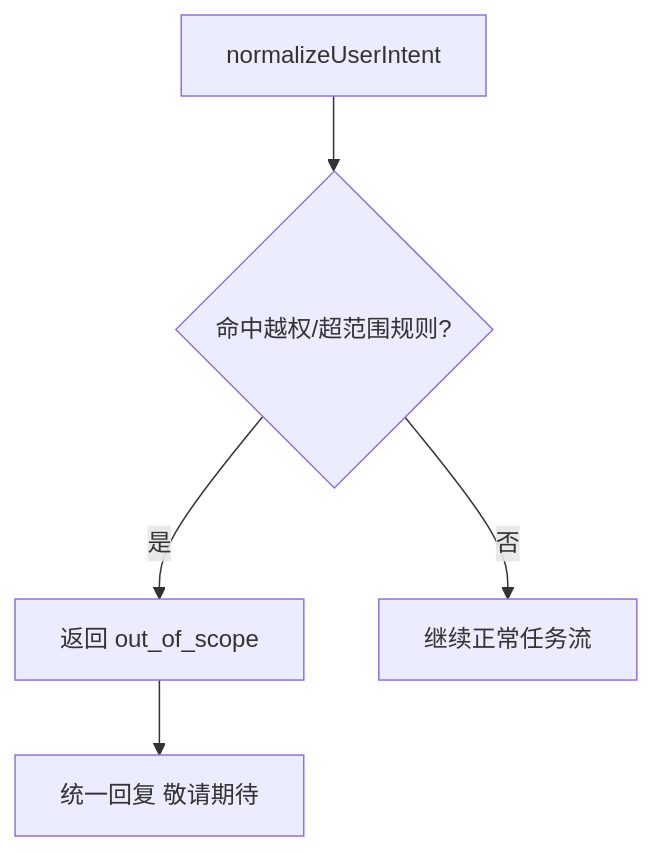
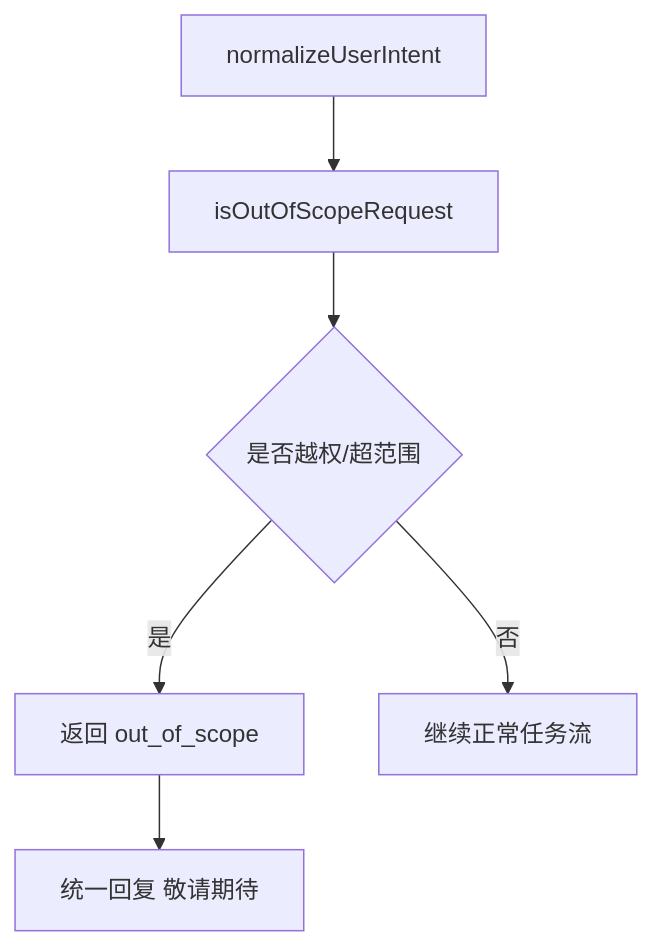
One commit to AryzingKhaos/AegisFlow changed diagram 15 of 17 in roleflow/implementation/0.1.0/delivery/default-workflow-intake-layer-code-walkthrough.md. Above: the diagram before and after it, drawn with Mermaid. The commit also changed other lines of this file and 10 other files, not shown here.

````diff
--- a/roleflow/implementation/0.1.0/delivery/default-workflow-intake-layer-code-walkthrough.md
+++ b/roleflow/implementation/0.1.0/delivery/default-workflow-intake-layer-code-walkthrough.md
@@ -415,7 +430,8 @@
 ```mermaid
 flowchart TD
-    A[normalizeUserIntent] --> B{命中越权/超范围规则?}
-    B -->|是| C[返回 out_of_scope]
-    C --> D[统一回复 敬请期待]
-    B -->|否| E[继续正常任务流]
+    A[normalizeUserIntent] --> B[isOutOfScopeRequest]
+    B --> C{是否越权/超范围}
+    C -->|是| D[返回 out_of_scope]
+    D --> E[统一回复 敬请期待]
+    C -->|否| F[继续正常任务流]
 ```
````
